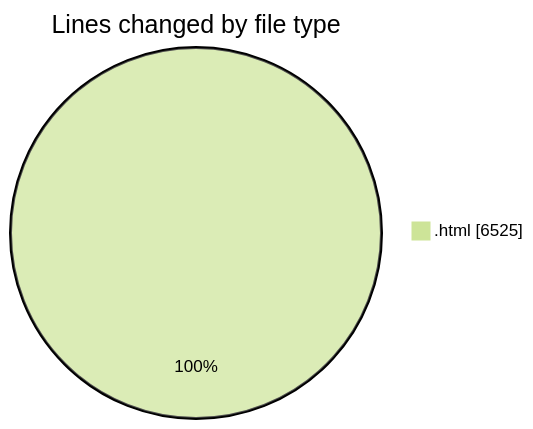
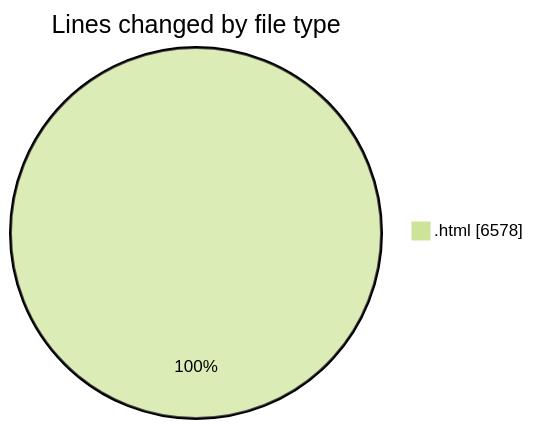
Before and after one commit to nxtqubesakshisongat/code-tracking: the first of 2 diagrams in 2025-08-09/nxtqube_webapp/README.md, drawn with Mermaid (forest theme). The commit also changed other lines of this file and 1 other file, not shown here.

````diff
--- a/2025-08-09/nxtqube_webapp/README.md
+++ b/2025-08-09/nxtqube_webapp/README.md
@@ -21,5 +21,5 @@
 ```mermaid
 pie showData
 title Lines changed by file type
-".html" : 6525
+".html" : 6578
 ```
````
